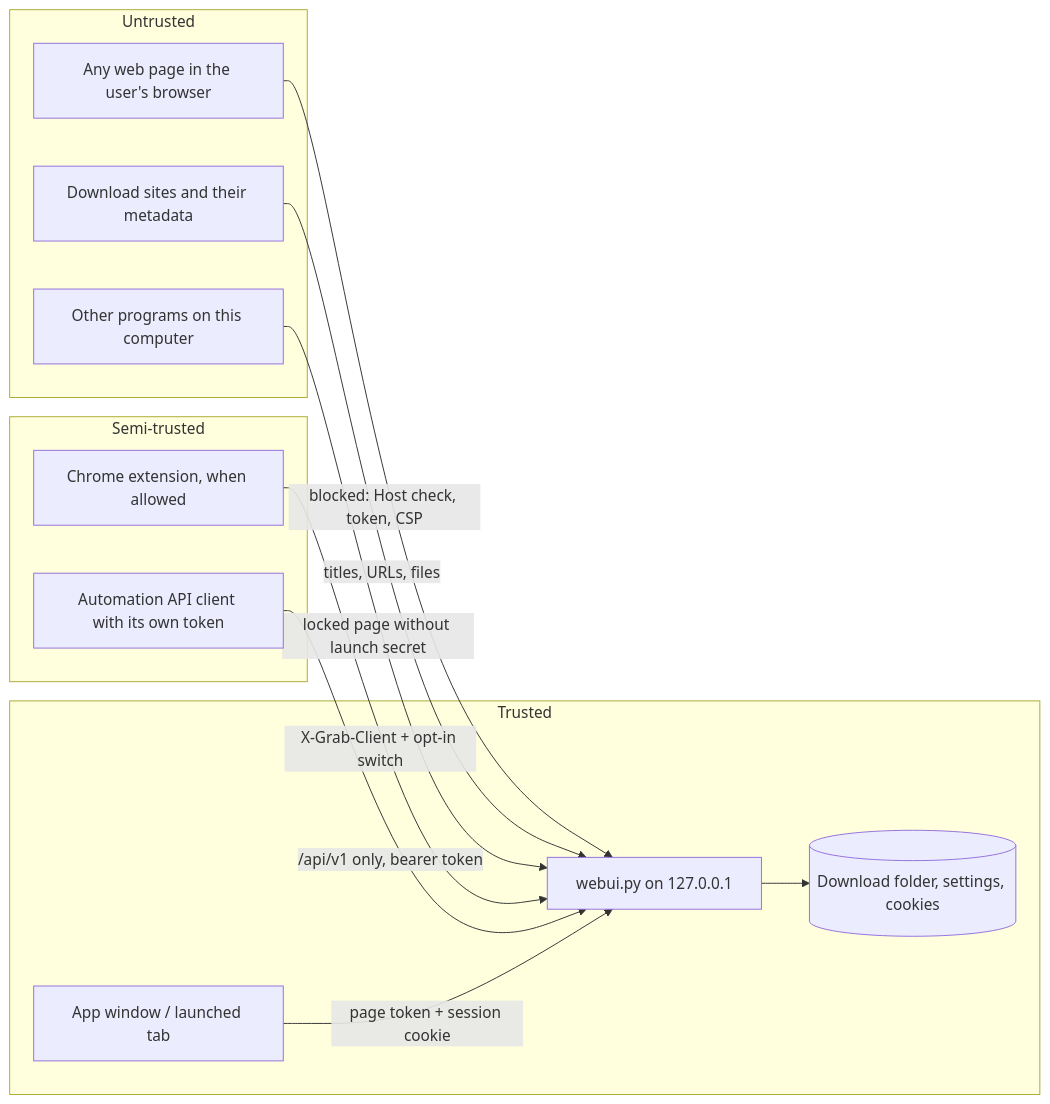
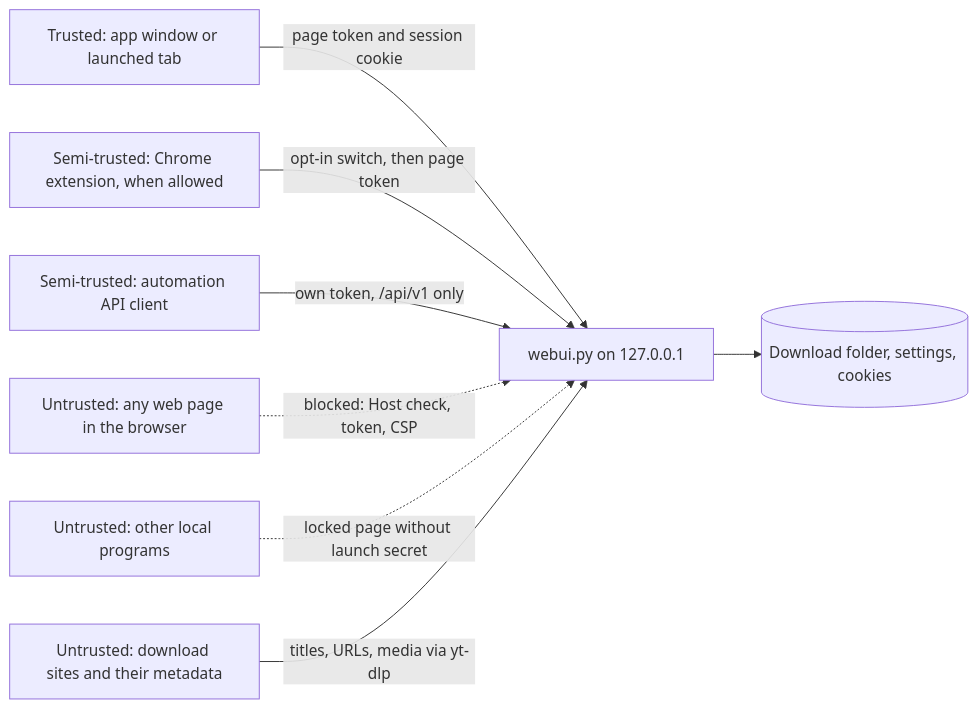
The diagram in docs/SECURITY_MODEL.md (Jaffbin/Video-Crawler), drawn with Mermaid before and after one commit. The commit also changed 1 other file, not shown here.

Commit message:
docs(readme): add an architecture diagram, CI badge and links to design notes

````diff
--- a/docs/SECURITY_MODEL.md
+++ b/docs/SECURITY_MODEL.md
@@ -21,24 +21,18 @@
 ```mermaid
 flowchart LR
-    subgraph Untrusted
-        WEB[Any web page in the user's browser]
-        SITE[Download sites and their metadata]
-        LOCALPROC[Other programs on this computer]
-    end
-    subgraph Semi-trusted
-        EXT[Chrome extension, when allowed]
-        API[Automation API client with its own token]
-    end
-    subgraph Trusted
-        UI[App window / launched tab]
-        SERVER[webui.py on 127.0.0.1]
-        FS[(Download folder, settings, cookies)]
-    end
-    WEB -- blocked: Host check, token, CSP --> SERVER
-    LOCALPROC -- locked page without launch secret --> SERVER
-    EXT -- X-Grab-Client + opt-in switch --> SERVER
-    API -- /api/v1 only, bearer token --> SERVER
-    UI -- page token + session cookie --> SERVER
-    SITE -- titles, URLs, files --> SERVER
+    UI["Trusted: app window or launched tab"]
+    EXT["Semi-trusted: Chrome extension, when allowed"]
+    API["Semi-trusted: automation API client"]
+    WEB["Untrusted: any web page in the browser"]
+    LOCALPROC["Untrusted: other local programs"]
+    SERVER["webui.py on 127.0.0.1"]
+    FS[("Download folder, settings, cookies")]
+    SITE["Untrusted: download sites and their metadata"]
+    UI -- "page token and session cookie" --> SERVER
+    EXT -- "opt-in switch, then page token" --> SERVER
+    API -- "own token, /api/v1 only" --> SERVER
+    WEB -. "blocked: Host check, token, CSP" .-> SERVER
+    LOCALPROC -. "locked page without launch secret" .-> SERVER
     SERVER --> FS
+    SITE -- "titles, URLs, media via yt-dlp" --> SERVER
 ```
````
